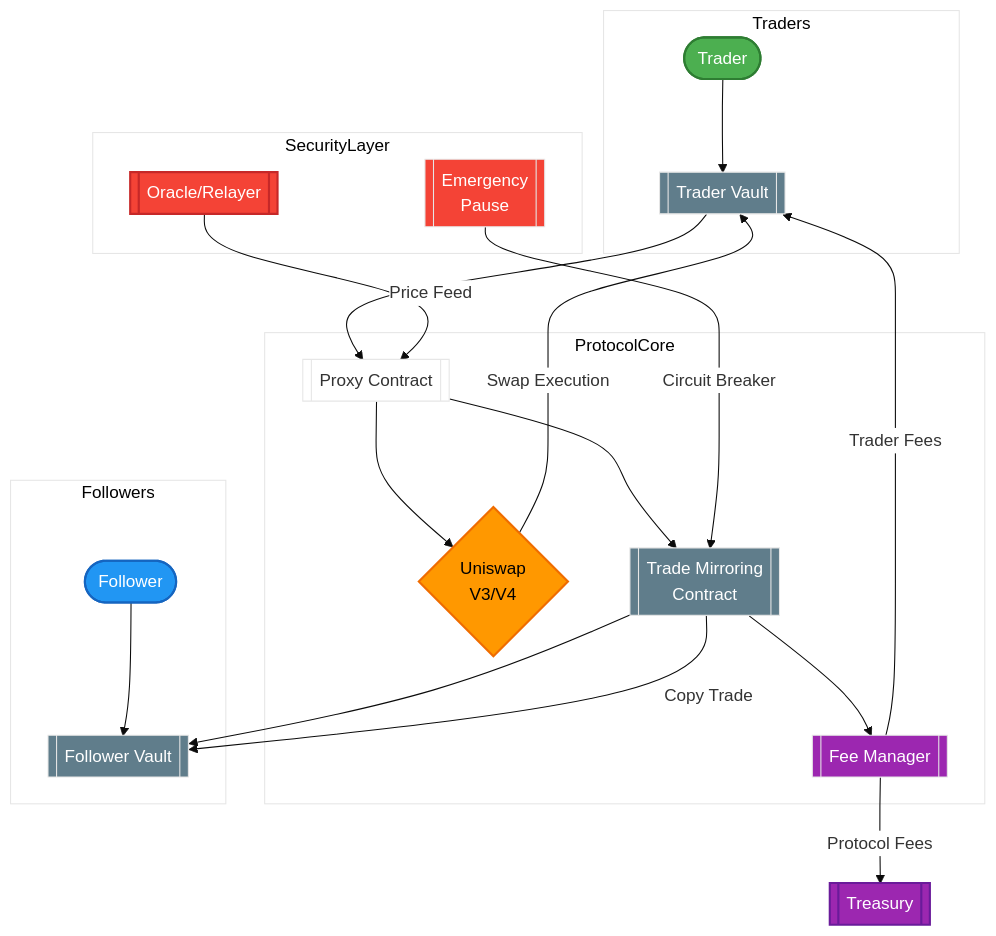
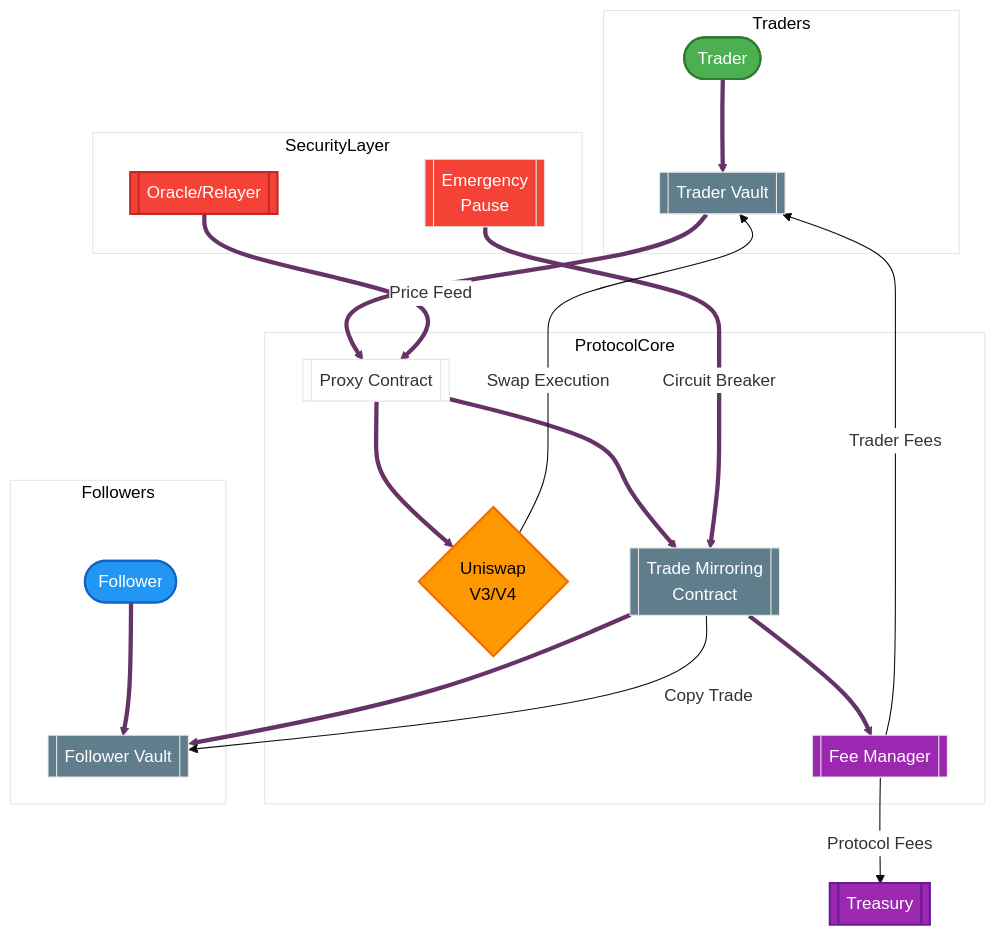
The diagram in README.md (Patrick-Ehimen/Echo_Protocol), drawn with Mermaid before and after one commit.

````diff
--- a/README.md
+++ b/README.md
@@ -36,42 +36,44 @@
 ```mermaid
 %%{init: {'theme': 'base', 'themeVariables': { 'primaryColor': '#fff'}}}%%
 flowchart TD
     classDef trader fill:#4CAF50,color:white
     classDef follower fill:#2196F3,color:white
     classDef contract fill:#607D8B,color:white
     classDef uniswap fill:#FF9800,color:black
     classDef security fill:#F44336,color:white
     classDef fees fill:#9C27B0,color:white
 
     subgraph Traders
         A([Trader]):::trader --> B[[Trader Vault]]:::contract
     end
 
     subgraph ProtocolCore
         B --> C[[Proxy Contract]]
         C --> D{Uniswap\nV3/V4}:::uniswap
         C --> E[[Trade Mirroring\nContract]]:::contract
         E --> F[[Fee Manager]]:::fees
     end
 
     subgraph Followers
         G([Follower]):::follower --> H[[Follower Vault]]:::contract
         E --> H
     end
 
     subgraph SecurityLayer
         I[[Oracle/Relayer]]:::security -->|Price Feed| C
         J[[Emergency\nPause]]:::security -->|Circuit Breaker| E
     end
 
     D -->|Swap Execution| B
     E -->|Copy Trade| H
     F -->|Protocol Fees| K[[Treasury]]:::fees
     F -->|Trader Fees| B
 
     style A stroke:#2E7D32,stroke-width:2px
     style G stroke:#1565C0,stroke-width:2px
     style D stroke:#EF6C00,stroke-width:2px
     style I stroke:#C62828,stroke-width:2px
     style K stroke:#6A1B9A,stroke-width:2px
+
+linkStyle 0,1,2,3,4,5,6,7,8 stroke:#636,stroke-width:4px
 ```
````
